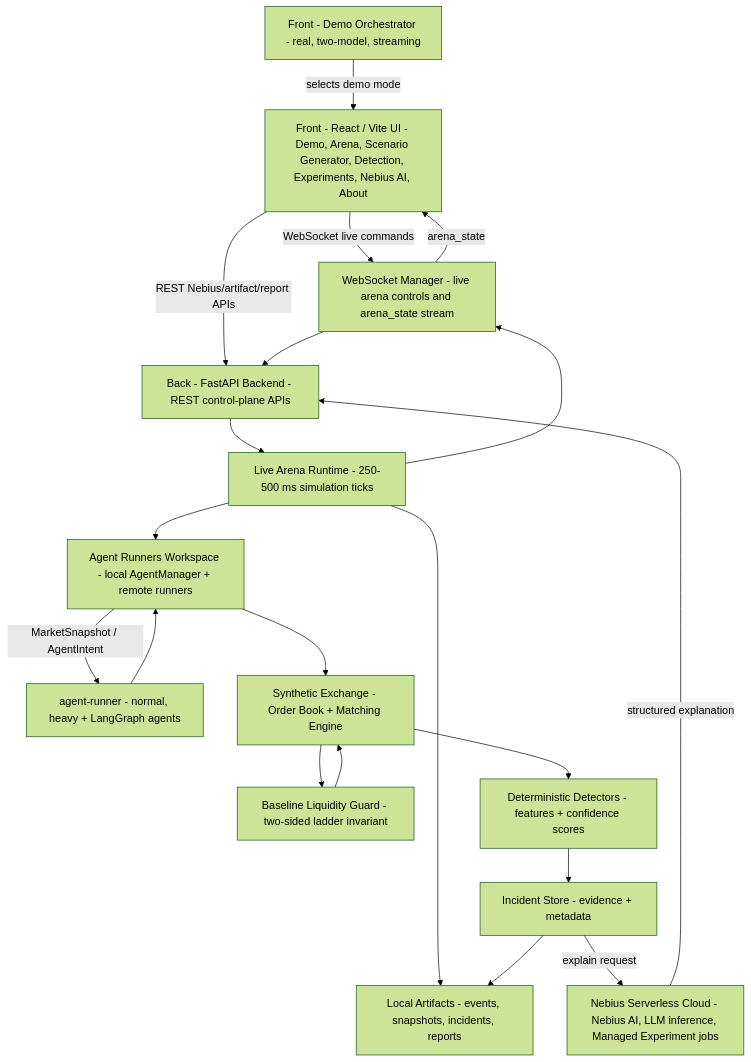
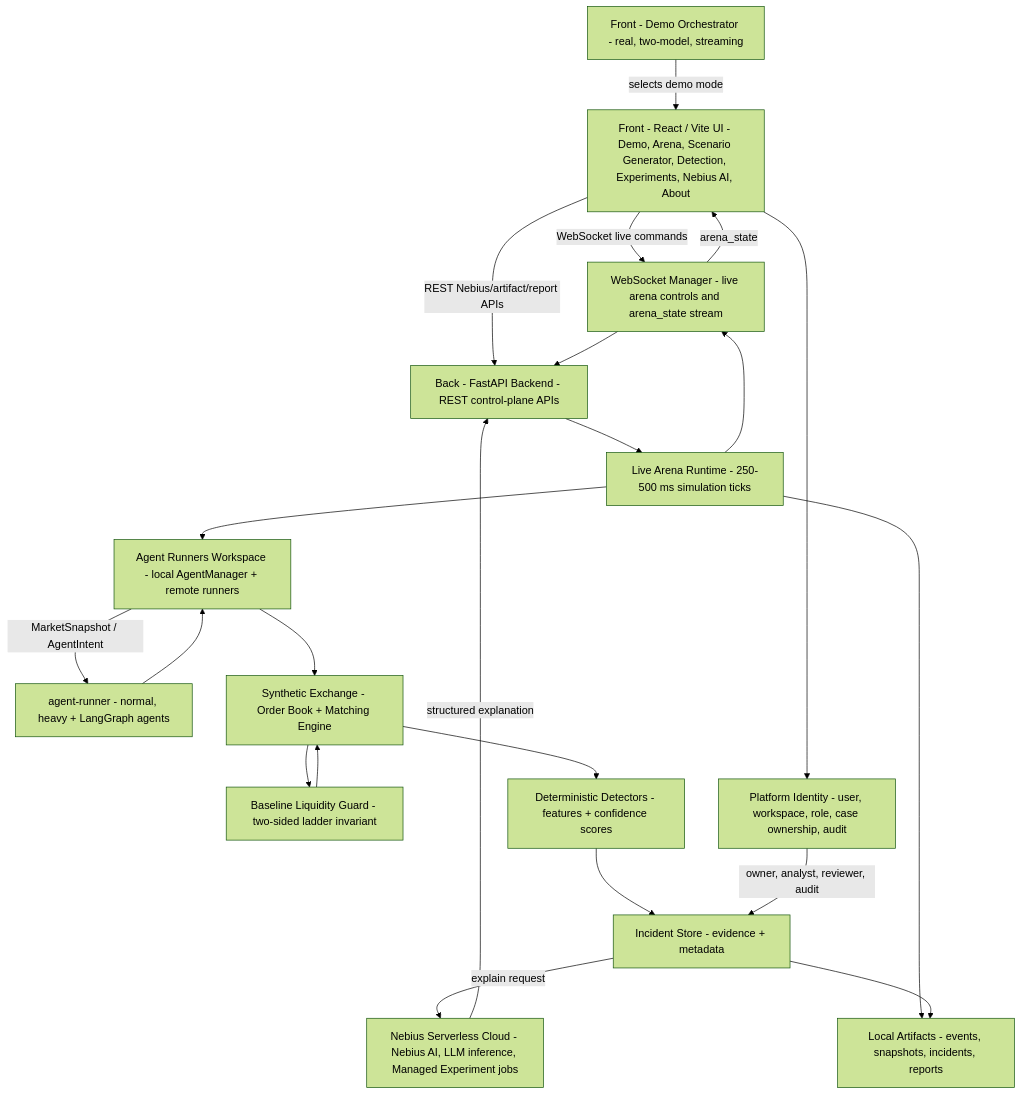
One commit to khab40/aimada changed the first of 4 diagrams in docs/architecture.md. Above: the diagram before and after it, drawn with Mermaid (forest theme). The commit also changed other lines of this file and 20 other files, not shown here.

````diff
--- a/docs/architecture.md
+++ b/docs/architecture.md
@@ -21,36 +23,39 @@
 ```mermaid
 graph TD
     Demo["Front - Demo Orchestrator - real, two-model, streaming"]
     UI["Front - React / Vite UI - Demo, Arena, Scenario Generator, Detection, Experiments, Nebius AI, About"]
     API["Back - FastAPI Backend - REST control-plane APIs"]
     WS["WebSocket Manager - live arena controls and arena_state stream"]
     Runtime["Live Arena Runtime - 250-500 ms simulation ticks"]
     Agents["Agent Runners Workspace - local AgentManager + remote runners"]
     Runner["agent-runner - normal, heavy + LangGraph agents"]
     Exchange["Synthetic Exchange - Order Book + Matching Engine"]
     LiquidityGuard["Baseline Liquidity Guard - two-sided ladder invariant"]
     Detectors["Deterministic Detectors - features + confidence scores"]
     Incidents["Incident Store - evidence + metadata"]
+    Identity["Platform Identity - user, workspace, role, case ownership, audit"]
     Explain["Nebius Serverless Cloud - Nebius AI, LLM inference, Managed Experiment jobs"]
     Artifacts["Local Artifacts - events, snapshots, incidents, reports"]
 
     Demo -->|selects demo mode| UI
     UI -->|WebSocket live commands| WS
     UI -->|REST Nebius/artifact/report APIs| API
+    UI --> Identity
     WS --> API
     API --> Runtime
     Runtime --> Agents
     Agents -->|MarketSnapshot / AgentIntent| Runner
     Runner --> Agents
     Agents --> Exchange
     Exchange --> LiquidityGuard
     LiquidityGuard --> Exchange
     Exchange --> Detectors
     Detectors --> Incidents
+    Identity -->|owner, analyst, reviewer, audit| Incidents
     Runtime --> WS
     WS -->|arena_state| UI
     Incidents -->|explain request| Explain
     Explain -->|structured explanation| API
     Runtime --> Artifacts
     Incidents --> Artifacts
 ```
````
